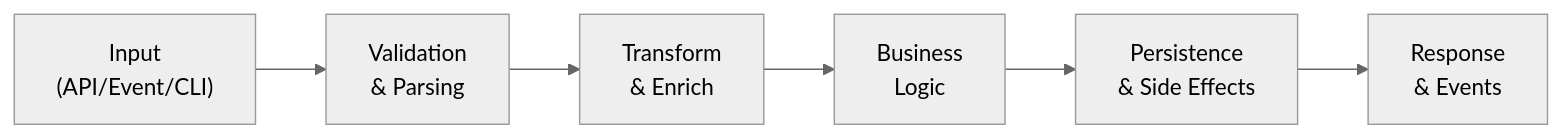
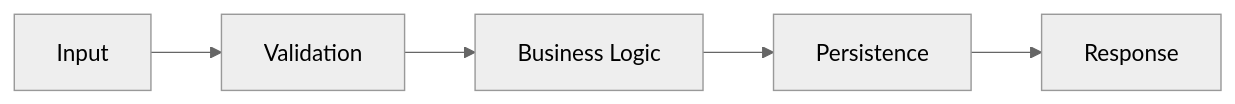
The third of 5 diagrams in core/templates/architecture.md (mayurpise/draft), drawn with Mermaid (neutral theme) before and after one commit. The commit also changed other lines of this file and 32 other files, not shown here.

````diff
--- a/core/templates/architecture.md
+++ b/core/templates/architecture.md
@@ -111,8 +96,7 @@
 ```mermaid
 flowchart LR
-    Input["Input\n(API/Event/CLI)"] --> Validate["Validation\n& Parsing"]
-    Validate --> Transform["Transform\n& Enrich"]
-    Transform --> Process["Business\nLogic"]
-    Process --> Persist["Persistence\n& Side Effects"]
-    Persist --> Output["Response\n& Events"]
+    Input["Input"] --> Validate["Validation"]
+    Validate --> Process["Business Logic"]
+    Process --> Persist["Persistence"]
+    Persist --> Output["Response"]
 ```
````
